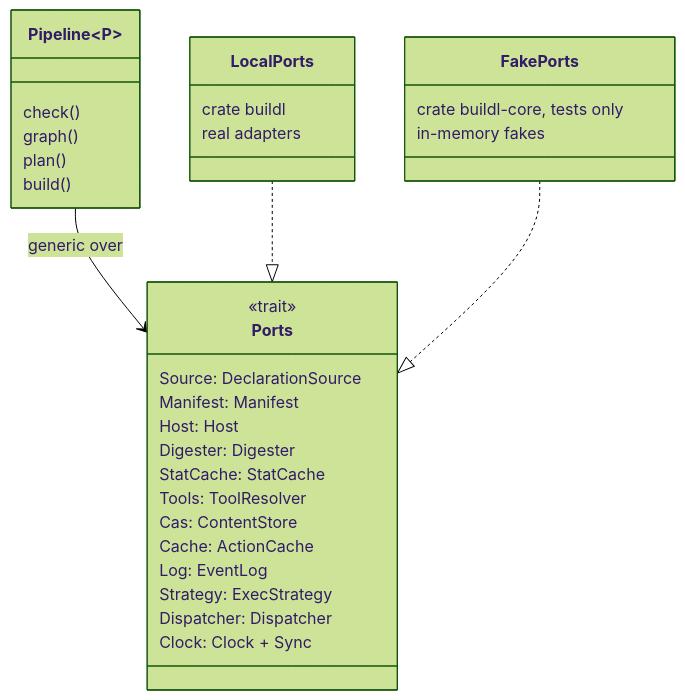
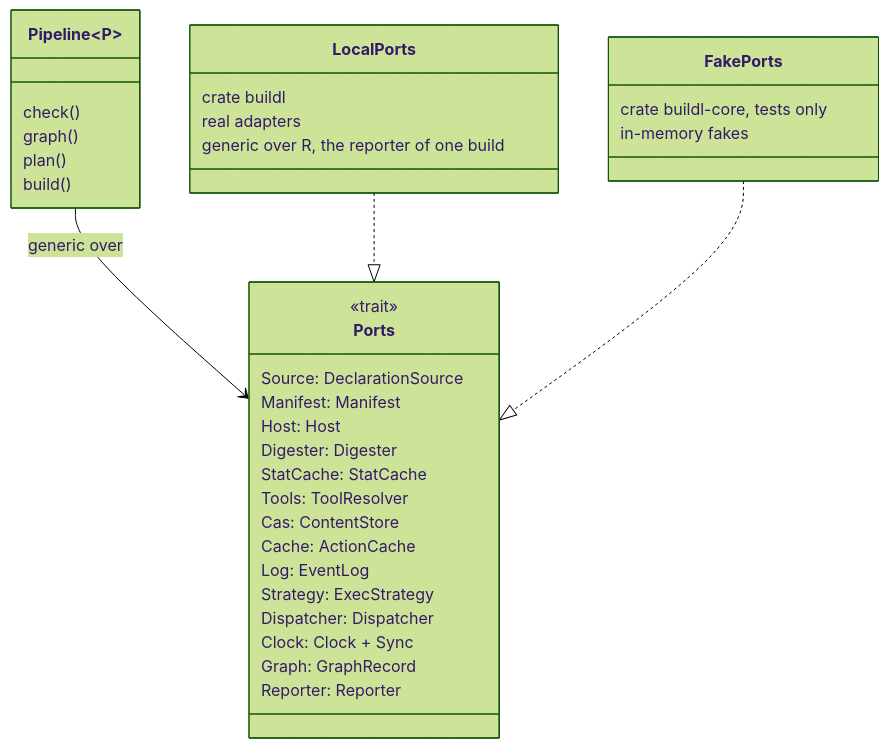
One commit to airsstack/buildl changed the fifth of 7 diagrams in docs/architecture-building-blocks.md. Above: the diagram before and after it, drawn with Mermaid (forest theme). The commit also changed other lines of this file and 220 other files, not shown here.

````diff
--- a/docs/architecture-building-blocks.md
+++ b/docs/architecture-building-blocks.md
@@ -279,36 +364,39 @@
 ```mermaid
 %% C4 level 4 — the Ports bundle and its two implementations
 classDiagram
     class Pipeline~P~ {
         check()
         graph()
         plan()
         build()
     }
     class Ports {
         <<trait>>
         Source: DeclarationSource
         Manifest: Manifest
         Host: Host
         Digester: Digester
         StatCache: StatCache
         Tools: ToolResolver
         Cas: ContentStore
         Cache: ActionCache
         Log: EventLog
         Strategy: ExecStrategy
         Dispatcher: Dispatcher
         Clock: Clock + Sync
+        Graph: GraphRecord
+        Reporter: Reporter
     }
     class LocalPorts {
         crate buildl
         real adapters
+        generic over R, the reporter of one build
     }
     class FakePorts {
         crate buildl-core, tests only
         in-memory fakes
     }
     Pipeline --> Ports : generic over
     LocalPorts ..|> Ports
     FakePorts ..|> Ports
 ```
````
